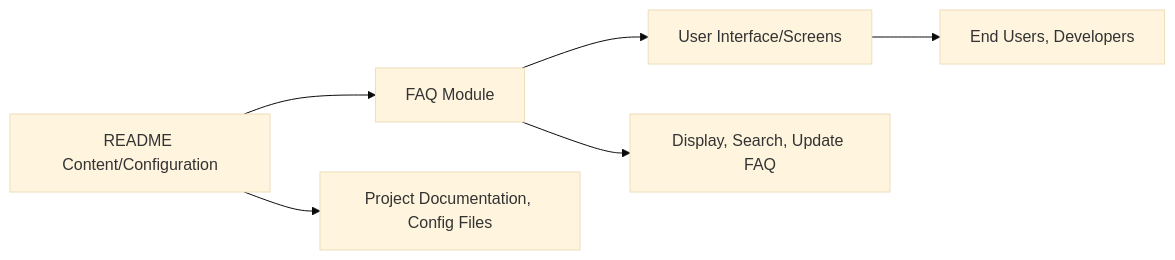
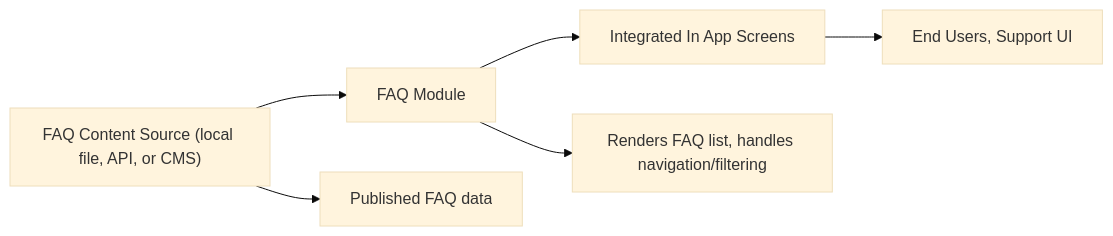
One commit to lucasboucher/Expo-Firebase-Boiler-Plate-2 changed the diagram in .shelfya/starter/faq.md. Above: the diagram before and after it, drawn with Mermaid (base theme). The commit also changed other lines of this file and 7 other files, not shown here.

````diff
--- a/.shelfya/starter/faq.md
+++ b/.shelfya/starter/faq.md
@@ -33,7 +45,7 @@
 ```mermaid
 flowchart LR
-  dependencies["README Content/Configuration"] --> thisModule["FAQ Module"] --> usedBy["User Interface/Screens"]
-  dependencies --> details["Project Documentation, Config Files"]
-  thisModule --> process["Display, Search, Update FAQ"]
-  usedBy --> consumers["End Users, Developers"]
+  dependencies["FAQ Content Source (local file, API, or CMS)"] --> thisModule["FAQ Module"] --> usedBy["Integrated In App Screens"]
+  dependencies --> details["Published FAQ data"]
+  thisModule --> process["Renders FAQ list, handles navigation/filtering"] 
+  usedBy --> consumers["End Users, Support UI"]
 ```
````
